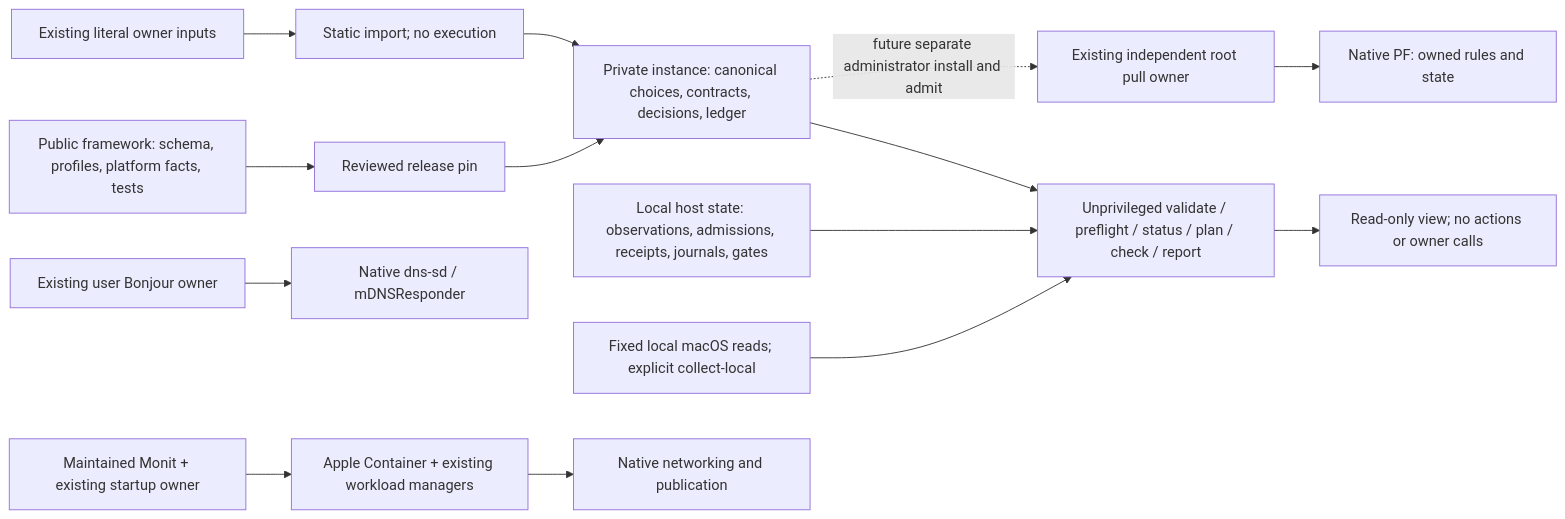
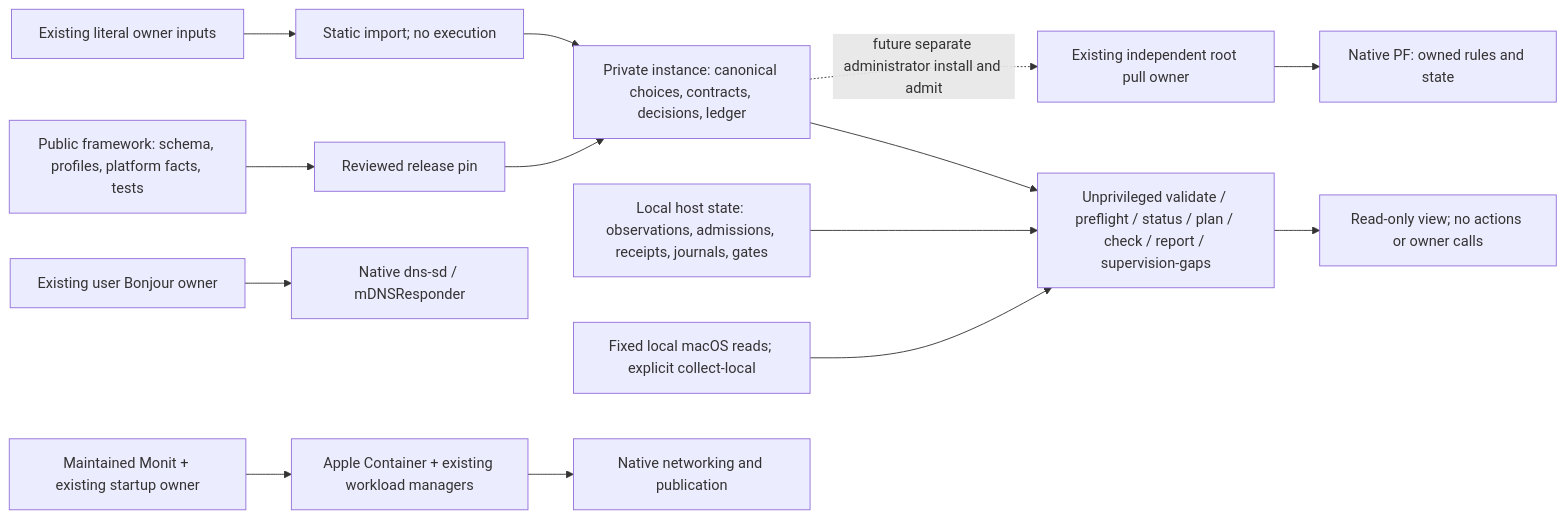
One commit to mglaeser/network-orchestrator changed the diagram in docs/architecture.md. Above: the diagram before and after it, drawn with Mermaid. The commit also changed other lines of this file and 200 other files, not shown here.

````diff
--- a/docs/architecture.md
+++ b/docs/architecture.md
@@ -24,16 +24,16 @@
 ```mermaid
 flowchart LR
     F[Public framework: schema, profiles, platform facts, tests] --> P[Reviewed release pin]
     P --> I[Private instance: canonical choices, contracts, decisions, ledger]
     L[Existing literal owner inputs] --> S[Static import; no execution]
     S --> I
-    I --> V[Unprivileged validate / preflight / status / plan / check / report]
+    I --> V[Unprivileged validate / preflight / status / plan / check / report / supervision-gaps]
     H[Local host state: observations, admissions, receipts, journals, gates] --> V
     OS[Fixed local macOS reads; explicit collect-local] --> V
     V --> R[Read-only view; no actions or owner calls]
     I -. future separate administrator install and admit .-> RO[Existing independent root pull owner]
     RO --> PF[Native PF: owned rules and state]
     U[Existing user Bonjour owner] --> DNS[Native dns-sd / mDNSResponder]
     A[Apple Container + existing workload managers] --> N[Native networking and publication]
     M[Maintained Monit + existing startup owner] --> A
 ```
````
